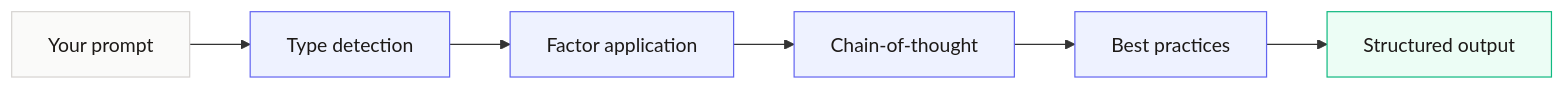
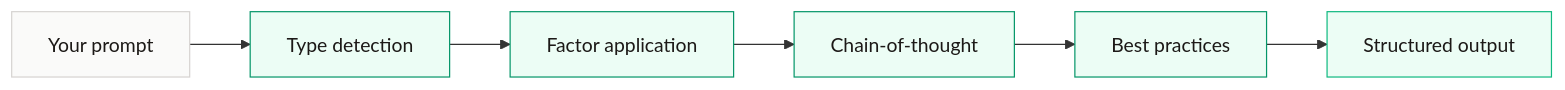
One commit to TMHSDigital/prompt-generator changed the diagram in README.md. Above: the diagram before and after it, drawn with Mermaid. The commit also changed other lines of this file and 21 other files, not shown here.

````diff
--- a/README.md
+++ b/README.md
@@ -140,15 +140,15 @@
 ```mermaid
 flowchart LR
     A["Your prompt"] --> B["Type detection"]
     B --> C["Factor application"]
     C --> D["Chain-of-thought"]
     D --> E["Best practices"]
     E --> F["Structured output"]
 
     style A fill:#fafaf9,stroke:#d6d3d1,color:#1c1917
-    style B fill:#eef2ff,stroke:#6366f1,color:#1c1917
-    style C fill:#eef2ff,stroke:#6366f1,color:#1c1917
-    style D fill:#eef2ff,stroke:#6366f1,color:#1c1917
-    style E fill:#eef2ff,stroke:#6366f1,color:#1c1917
+    style B fill:#ecfdf5,stroke:#059669,color:#1c1917
+    style C fill:#ecfdf5,stroke:#059669,color:#1c1917
+    style D fill:#ecfdf5,stroke:#059669,color:#1c1917
+    style E fill:#ecfdf5,stroke:#059669,color:#1c1917
     style F fill:#ecfdf5,stroke:#10b981,color:#1c1917
 ```
````
